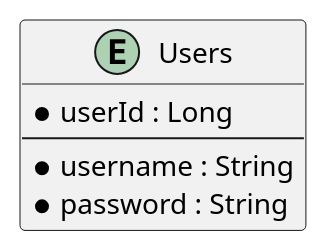
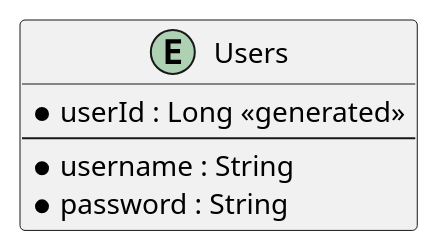
Before and after one commit to Dinesh-s95/AutoDoc.ai: the fifth of 5 diagrams in identityprovider/documentation/detaileddesign.adoc, drawn with PlantUML. The commit also changed other lines of this file and 2 other files, not shown here.

Commit message:
Auto-generated documentation by AutoDoc.AI

````diff
--- a/identityprovider/documentation/detaileddesign.adoc
+++ b/identityprovider/documentation/detaileddesign.adoc
@@ -183,12 +246,11 @@
-[plantuml, entity-relationship-diagram, png]
-----
+```plantuml
 @startuml
 entity "Users" {
-  * userId : Long
+  * userId : Long <<generated>>
   --
   * username : String
   * password : String
 }
 
 @enduml
-----
+```
````
